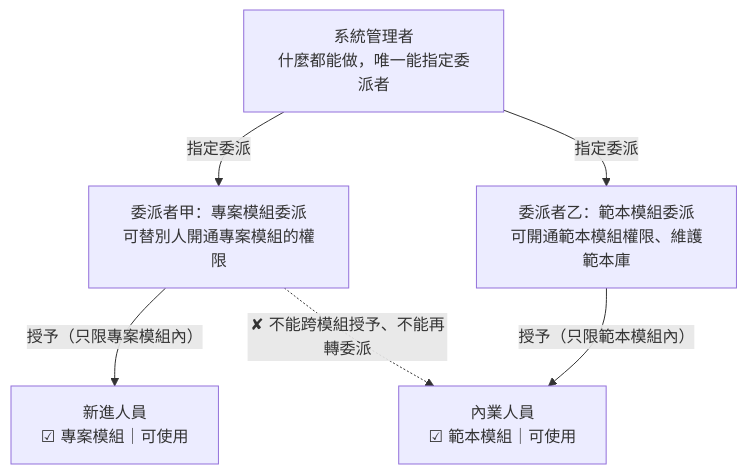
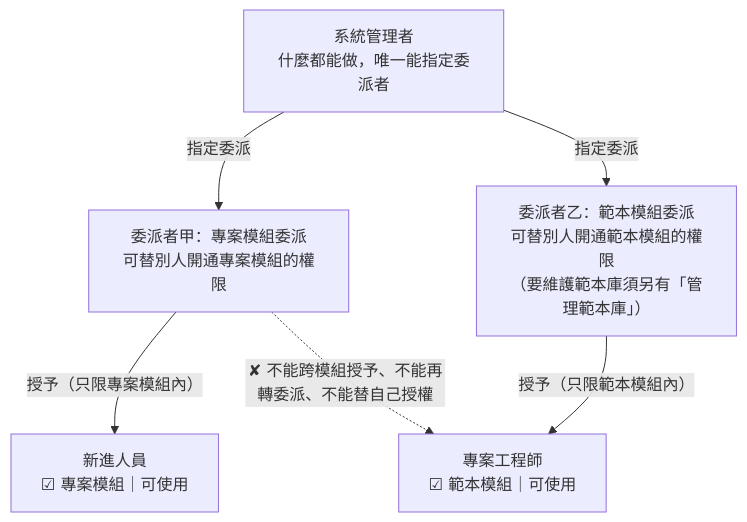
Before and after one commit to speko-tw/inspect-flow: the fourth of 4 diagrams in docs/intents/07-permission-model.md, drawn with Mermaid. The commit also changed other lines of this file and 3 other files, not shown here.

````diff
--- a/docs/intents/07-permission-model.md
+++ b/docs/intents/07-permission-model.md
@@ -107,13 +115,13 @@
 ```mermaid
 flowchart TB
   ADM["系統管理者<br/>什麼都能做，唯一能指定委派者"]
   D1["委派者甲：專案模組委派<br/>可替別人開通專案模組的權限"]
-  D2["委派者乙：範本模組委派<br/>可開通範本模組權限、維護範本庫"]
+  D2["委派者乙：範本模組委派<br/>可替別人開通範本模組的權限<br/>（要維護範本庫須另有「管理範本庫」）"]
   N1["新進人員<br/>☑ 專案模組｜可使用"]
-  N2["內業人員<br/>☑ 範本模組｜可使用"]
+  N2["專案工程師<br/>☑ 範本模組｜可使用"]
   ADM -->|"指定委派"| D1
   ADM -->|"指定委派"| D2
   D1 -->|"授予（只限專案模組內）"| N1
   D2 -->|"授予（只限範本模組內）"| N2
-  D1 -.->|"✘ 不能跨模組授予、不能再轉委派"| N2
+  D1 -.->|"✘ 不能跨模組授予、不能再轉委派、不能替自己授權"| N2
 ```
````
